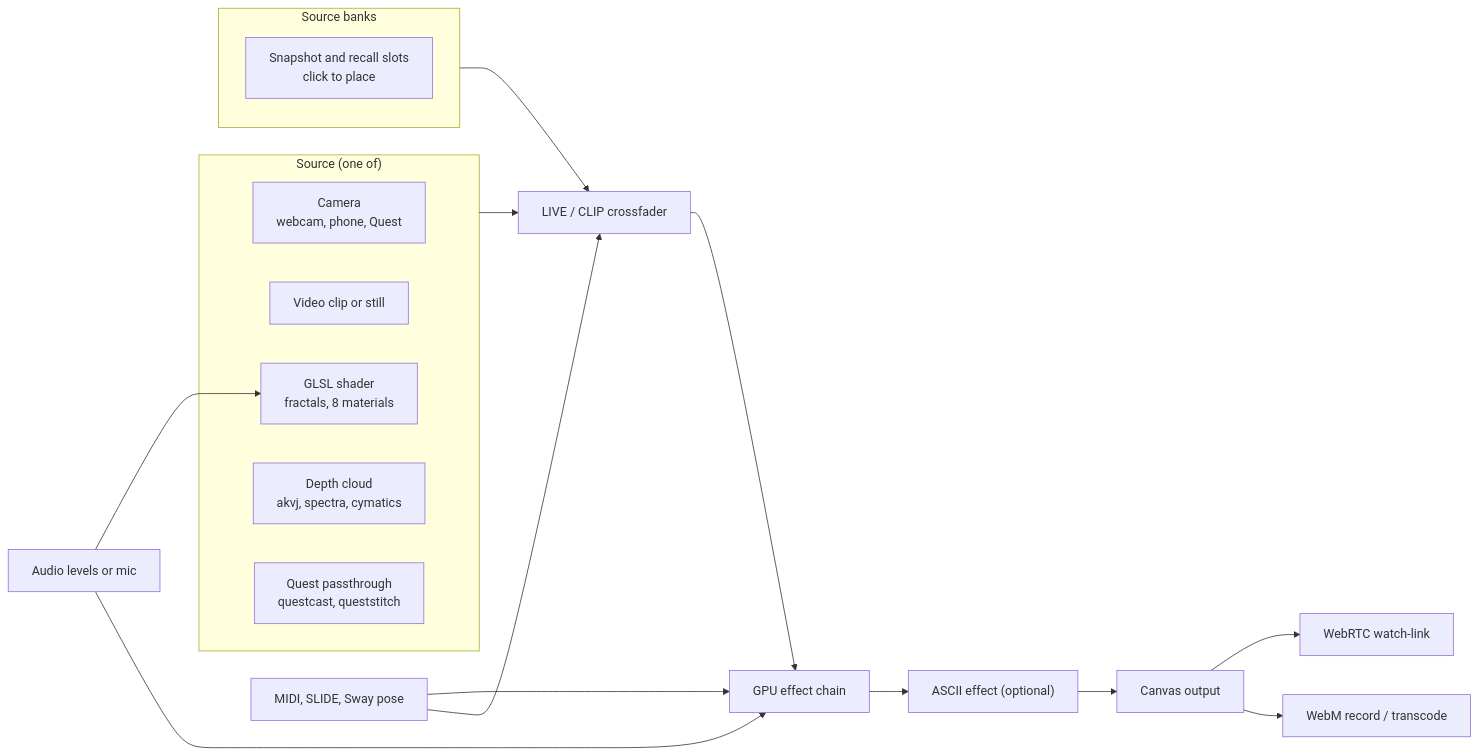
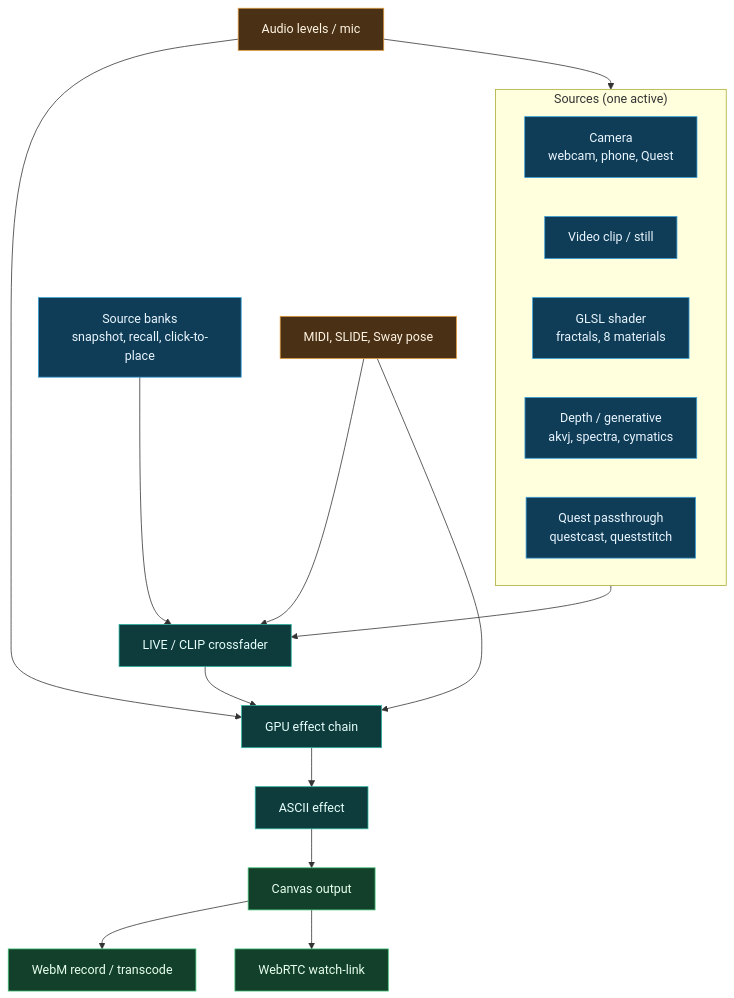
One commit to gantasmo/VJ-9000 changed the diagram in README.md. Above: the diagram before and after it, drawn with Mermaid. The commit also changed other lines of this file, not shown here.

Commit message:
docs: top-down colored pipeline chart, single-word section names

````diff
--- a/README.md
+++ b/README.md
@@ -25,24 +25,29 @@
 ```mermaid
-flowchart LR
-  subgraph Sources["Source (one of)"]
-    CAM["Camera<br/>webcam, phone, Quest"]
-    CLIP["Video clip or still"]
-    SHADER["GLSL shader<br/>fractals, 8 materials"]
-    DEPTH["Depth cloud<br/>akvj, spectra, cymatics"]
-    QUEST["Quest passthrough<br/>questcast, queststitch"]
+flowchart TD
+  subgraph SRC["Sources (one active)"]
+    direction LR
+    CAM["Camera<br/>webcam, phone, Quest"]:::src
+    CLIP["Video clip / still"]:::src
+    SHADER["GLSL shader<br/>fractals, 8 materials"]:::src
+    DEPTH["Depth / generative<br/>akvj, spectra, cymatics"]:::src
+    QUEST["Quest passthrough<br/>questcast, queststitch"]:::src
   end
-  subgraph Banks["Source banks"]
-    BANK["Snapshot and recall slots<br/>click to place"]
-  end
-  Sources --> MIX["LIVE / CLIP crossfader"]
-  Banks --> MIX
-  MIX --> FX["GPU effect chain"]
-  FX --> ASCII["ASCII effect (optional)"]
-  ASCII --> OUT["Canvas output"]
-  AUDIO["Audio levels or mic"] --> FX
+  BANK["Source banks<br/>snapshot, recall, click-to-place"]:::src
+  AUDIO["Audio levels / mic"]:::ctrl
+  MIDI["MIDI, SLIDE, Sway pose"]:::ctrl
+  SRC --> MIX["LIVE / CLIP crossfader"]:::proc
+  BANK --> MIX
+  MIX --> FX["GPU effect chain"]:::proc
+  FX --> ASCII["ASCII effect"]:::proc
+  ASCII --> OUT["Canvas output"]:::out
+  AUDIO --> FX
   AUDIO --> SHADER
-  MIDI["MIDI, SLIDE, Sway pose"] --> MIX
+  MIDI --> MIX
   MIDI --> FX
-  OUT --> REC["WebM record / transcode"]
-  OUT --> WATCH["WebRTC watch-link"]
+  OUT --> REC["WebM record / transcode"]:::out
+  OUT --> WATCH["WebRTC watch-link"]:::out
+  classDef src fill:#0f3d57,stroke:#3aa0db,color:#eaf6ff;
+  classDef ctrl fill:#4a3115,stroke:#e09a3a,color:#fff4e3;
+  classDef proc fill:#0e3b3b,stroke:#2bb3a3,color:#e6fffb;
+  classDef out fill:#13402a,stroke:#46c47a,color:#e7ffee;
 ```
````
